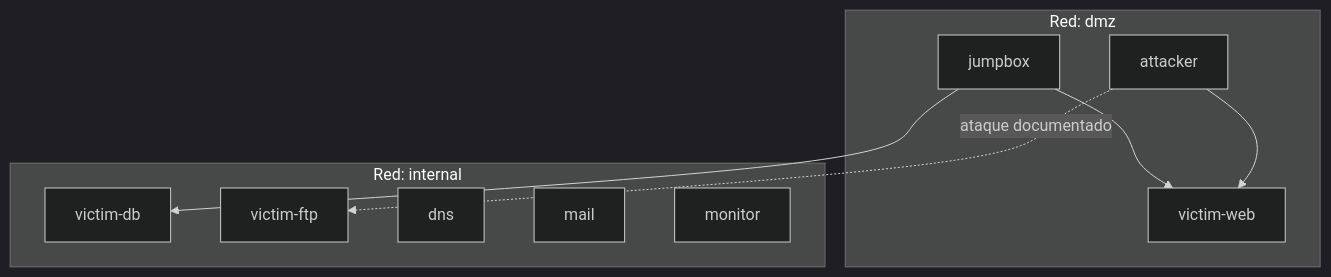
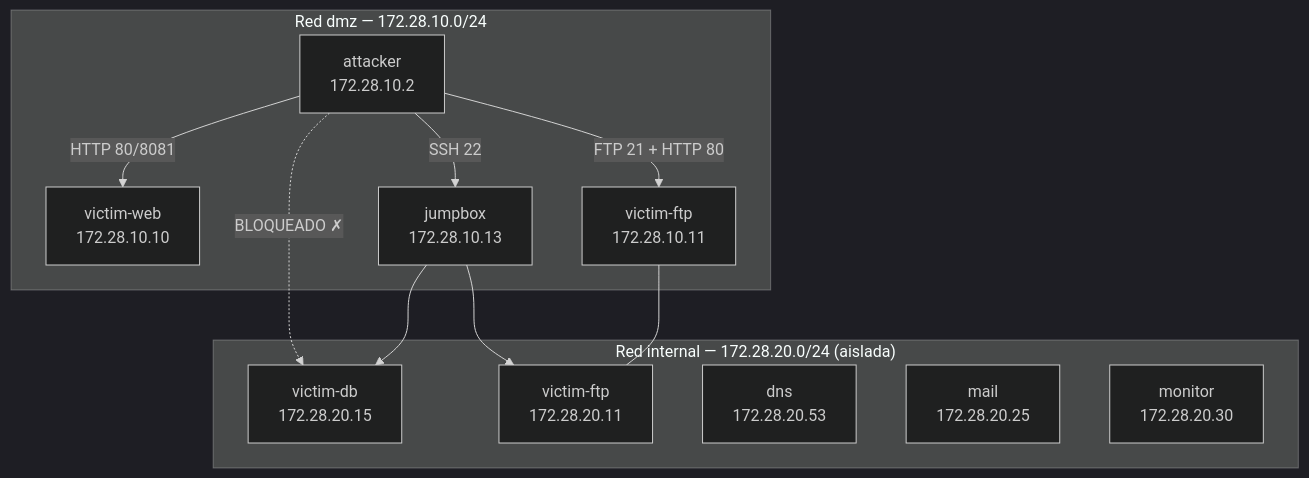
Before and after one commit to ales231/Integrative_Project: the diagram in parte3-black-hat-bash/README.md, drawn with Mermaid (dark theme). The commit also changed other lines of this file, not shown here.

First line of the commit message:
docs(parte3): documentar evidencias reales del lab y cadena de ataque

````diff
--- a/parte3-black-hat-bash/README.md
+++ b/parte3-black-hat-bash/README.md
@@ -29,19 +61,23 @@
 ```mermaid
 flowchart TB
-    subgraph dmz ["Red: dmz"]
-        ATT[attacker]
-        WEB[victim-web]
-        JUMP[jumpbox]
+    subgraph dmz ["Red dmz — 172.28.10.0/24"]
+        ATT["attacker\n172.28.10.2"]
+        WEB["victim-web\n172.28.10.10"]
+        FTP_DMZ["victim-ftp\n172.28.10.11"]
+        JUMP["jumpbox\n172.28.10.13"]
     end
-    subgraph internal ["Red: internal"]
-        DB[victim-db]
-        FTP[victim-ftp]
-        DNS[dns]
-        MAIL[mail]
-        MON[monitor]
+    subgraph internal ["Red internal — 172.28.20.0/24 (aislada)"]
+        DB["victim-db\n172.28.20.15"]
+        FTP_INT["victim-ftp\n172.28.20.11"]
+        DNS["dns\n172.28.20.53"]
+        MAIL["mail\n172.28.20.25"]
+        MON["monitor\n172.28.20.30"]
     end
-    ATT --> WEB
-    JUMP --> WEB
+    ATT -->|"HTTP 80/8081"| WEB
+    ATT -->|"FTP 21 + HTTP 80"| FTP_DMZ
+    ATT -->|"SSH 22"| JUMP
+    ATT -. "BLOQUEADO ✗" .-> DB
     JUMP --> DB
-    ATT -.->|ataque documentado| FTP
+    JUMP --> FTP_INT
+    FTP_DMZ --- FTP_INT
 ```
````
